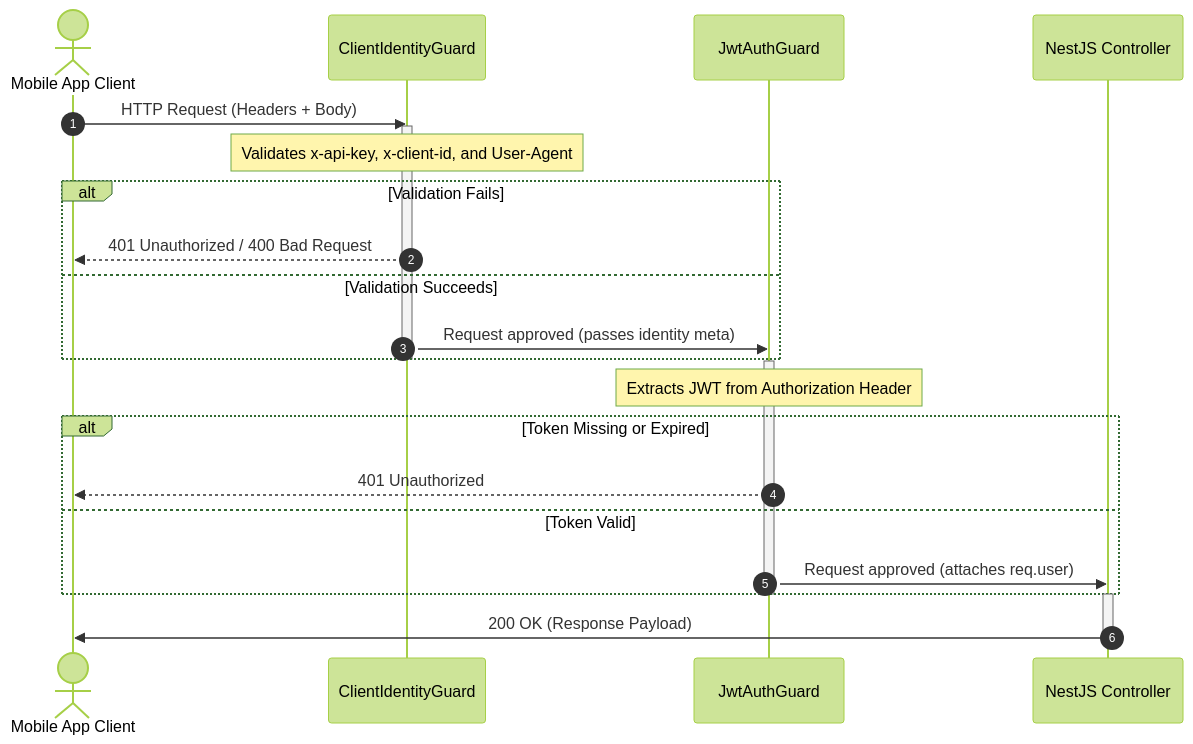
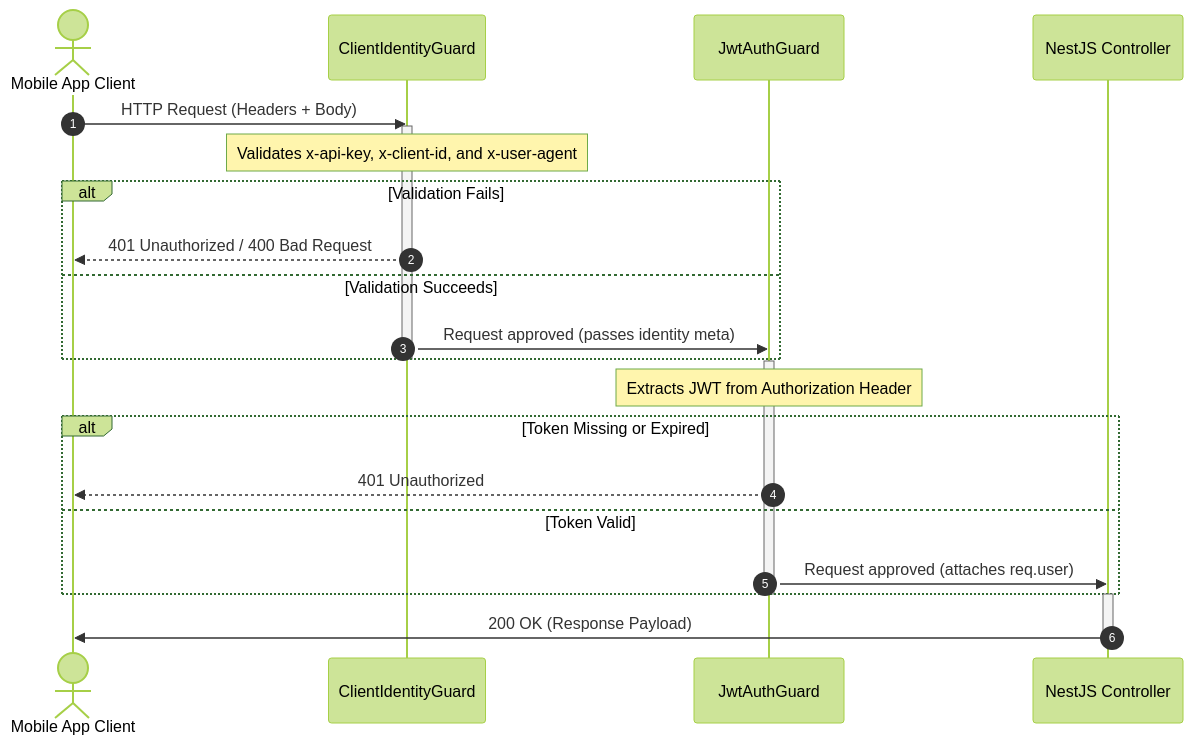
One commit to SaveSoulApp/Breathaway-Backend changed the diagram in docs-site/docs/api/authentication.md. Above: the diagram before and after it, drawn with Mermaid (forest theme). The commit also changed other lines of this file and 13 other files, not shown here.

First line of the commit message:
[Chore] Swagger updates + x-user-agent (#75)

````diff
--- a/docs-site/docs/api/authentication.md
+++ b/docs-site/docs/api/authentication.md
@@ -48,31 +48,31 @@
 ```mermaid
 sequenceDiagram
     autonumber
     actor MobileClient as Mobile App Client
     participant CGuard as ClientIdentityGuard
     participant JWTGuard as JwtAuthGuard
     participant Controller as NestJS Controller
     
     MobileClient ->> CGuard: HTTP Request (Headers + Body)
     activate CGuard
-    Note over CGuard: Validates x-api-key, x-client-id, and User-Agent
+    Note over CGuard: Validates x-api-key, x-client-id, and x-user-agent
     alt Validation Fails
         CGuard -->> MobileClient: 401 Unauthorized / 400 Bad Request
     else Validation Succeeds
         CGuard ->> JWTGuard: Request approved (passes identity meta)
     end
     deactivate CGuard
     
     activate JWTGuard
     Note over JWTGuard: Extracts JWT from Authorization Header
     alt Token Missing or Expired
         JWTGuard -->> MobileClient: 401 Unauthorized
     else Token Valid
         JWTGuard ->> Controller: Request approved (attaches req.user)
     end
     deactivate JWTGuard
     
     activate Controller
     Controller ->> MobileClient: 200 OK (Response Payload)
     deactivate Controller
 ```
````
